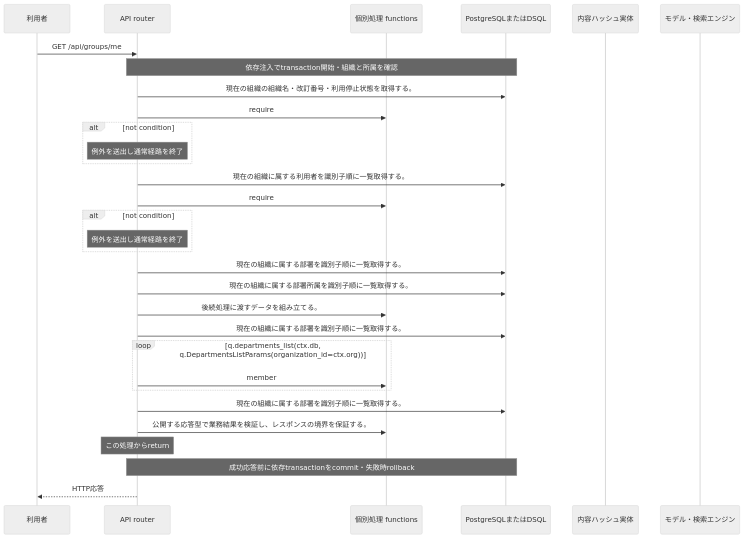
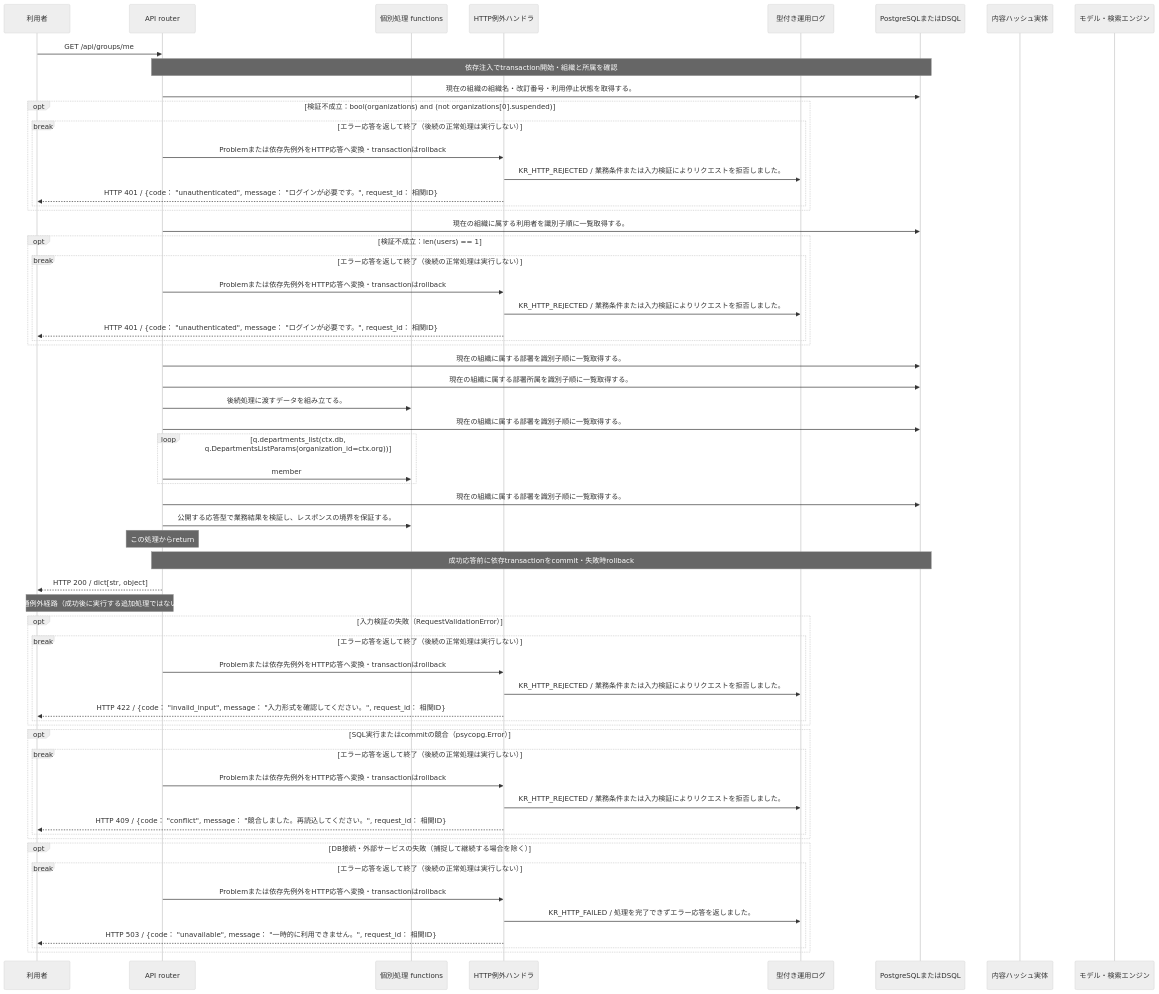
One commit to tsuji-tomonori/KotoRelay changed the diagram in docs/design/generated/api/groups/get_identity/sequence.md. Above: the diagram before and after it, drawn with Mermaid (neutral theme). The commit also changed other lines of this file and 226 other files, not shown here.

````diff
--- a/docs/design/generated/api/groups/get_identity/sequence.md
+++ b/docs/design/generated/api/groups/get_identity/sequence.md
@@ -7,33 +7,63 @@
 ```mermaid
 sequenceDiagram
     participant U as 利用者
     participant A as API router
     participant F as 個別処理 functions
+    participant E as HTTP例外ハンドラ
+    participant L as 型付き運用ログ
     participant D as PostgreSQLまたはDSQL
     participant S as 内容ハッシュ実体
     participant M as モデル・検索エンジン
     U->>A: GET /api/groups/me
     Note over A,D: 依存注入でtransaction開始・組織と所属を確認
     A->>D: 現在の組織の組織名・改訂番号・利用停止状態を取得する。
-    A->>F: require
-    alt not condition
-    Note over A: 例外を送出し通常経路を終了
+    opt 検証不成立：bool(organizations) and (not organizations[0].suspended)
+    break エラー応答を返して終了（後続の正常処理は実行しない）
+    A->>E: Problemまたは依存先例外をHTTP応答へ変換・transactionはrollback
+    E->>L: KR_HTTP_REJECTED / 業務条件または入力検証によりリクエストを拒否しました。
+    E-->>U: HTTP 401 / {code： "unauthenticated", message： "ログインが必要です。", request_id： 相関ID}
+    end
     end
     A->>D: 現在の組織に属する利用者を識別子順に一覧取得する。
-    A->>F: require
-    alt not condition
-    Note over A: 例外を送出し通常経路を終了
+    opt 検証不成立：len(users) == 1
+    break エラー応答を返して終了（後続の正常処理は実行しない）
+    A->>E: Problemまたは依存先例外をHTTP応答へ変換・transactionはrollback
+    E->>L: KR_HTTP_REJECTED / 業務条件または入力検証によりリクエストを拒否しました。
+    E-->>U: HTTP 401 / {code： "unauthenticated", message： "ログインが必要です。", request_id： 相関ID}
+    end
     end
     A->>D: 現在の組織に属する部署を識別子順に一覧取得する。
     A->>D: 現在の組織に属する部署所属を識別子順に一覧取得する。
     A->>F: 後続処理に渡すデータを組み立てる。
     A->>D: 現在の組織に属する部署を識別子順に一覧取得する。
     loop q.departments_list(ctx.db, q.DepartmentsListParams(organization_id=ctx.org))
     A->>F: member
     end
     A->>D: 現在の組織に属する部署を識別子順に一覧取得する。
     A->>F: 公開する応答型で業務結果を検証し、レスポンスの境界を保証する。
     Note over A: この処理からreturn
     Note over A,D: 成功応答前に依存transactionをcommit・失敗時rollback
-    A-->>U: HTTP応答
+    A-->>U: HTTP 200 / dict[str, object]
+    Note over A,U: 共通例外経路（成功後に実行する追加処理ではない）
+    opt 入力検証の失敗（RequestValidationError）
+    break エラー応答を返して終了（後続の正常処理は実行しない）
+    A->>E: Problemまたは依存先例外をHTTP応答へ変換・transactionはrollback
+    E->>L: KR_HTTP_REJECTED / 業務条件または入力検証によりリクエストを拒否しました。
+    E-->>U: HTTP 422 / {code： "invalid_input", message： "入力形式を確認してください。", request_id： 相関ID}
+    end
+    end
+    opt SQL実行またはcommitの競合（psycopg.Error）
+    break エラー応答を返して終了（後続の正常処理は実行しない）
+    A->>E: Problemまたは依存先例外をHTTP応答へ変換・transactionはrollback
+    E->>L: KR_HTTP_REJECTED / 業務条件または入力検証によりリクエストを拒否しました。
+    E-->>U: HTTP 409 / {code： "conflict", message： "競合しました。再読込してください。", request_id： 相関ID}
+    end
+    end
+    opt DB接続・外部サービスの失敗（捕捉して継続する場合を除く）
+    break エラー応答を返して終了（後続の正常処理は実行しない）
+    A->>E: Problemまたは依存先例外をHTTP応答へ変換・transactionはrollback
+    E->>L: KR_HTTP_FAILED / 処理を完了できずエラー応答を返しました。
+    E-->>U: HTTP 503 / {code： "unavailable", message： "一時的に利用できません。", request_id： 相関ID}
+    end
+    end
 ```
````
